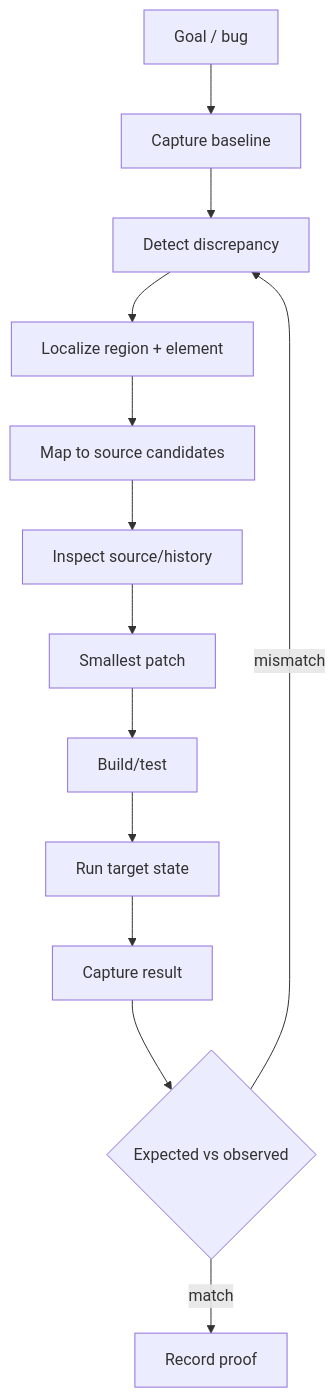
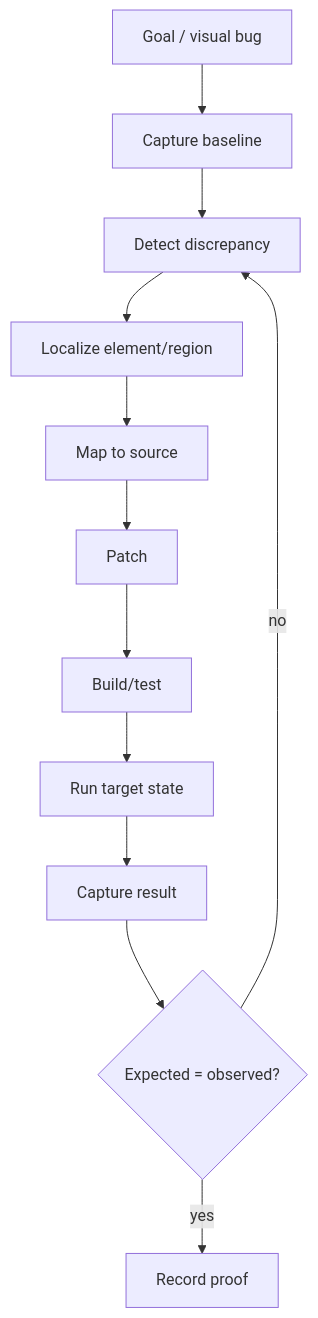
Before and after one commit to ORCHORDS-LCC/OAI-2.0: the diagram in docs/agent-architecture/VISION_AND_UI.md, drawn with Mermaid. The commit also changed other lines of this file and 23 other files, not shown here.

````diff
--- a/docs/agent-architecture/VISION_AND_UI.md
+++ b/docs/agent-architecture/VISION_AND_UI.md
@@ -32,15 +18,14 @@
 ```mermaid
 flowchart TD
-    G[Goal / bug] --> C[Capture baseline]
+    G[Goal / visual bug] --> C[Capture baseline]
     C --> O[Detect discrepancy]
-    O --> L[Localize region + element]
-    L --> M[Map to source candidates]
-    M --> I[Inspect source/history]
-    I --> P[Smallest patch]
+    O --> L[Localize element/region]
+    L --> M[Map to source]
+    M --> P[Patch]
     P --> T[Build/test]
     T --> R[Run target state]
     R --> C2[Capture result]
-    C2 --> V{Expected vs observed}
-    V -->|match| E[Record proof]
-    V -->|mismatch| O
+    C2 --> V{Expected = observed?}
+    V -->|yes| E[Record proof]
+    V -->|no| O
 ```
````
